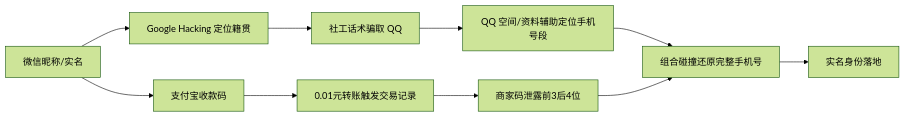
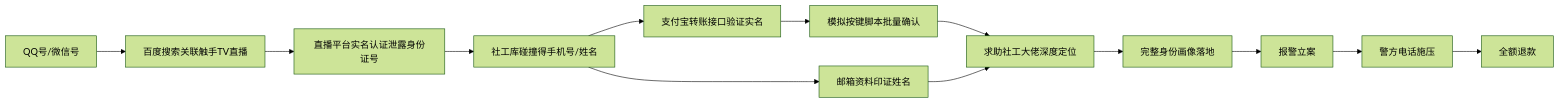
Before and after one commit to OpenDocCN1/sec-llm-wiki: the diagram in pages/osint-social-engineering-scam-investigation-case-study.md, drawn with Mermaid (forest theme). The commit also changed other lines of this file and 7 other files, not shown here.

````diff
--- a/pages/osint-social-engineering-scam-investigation-case-study.md
+++ b/pages/osint-social-engineering-scam-investigation-case-study.md
@@ -102,12 +84,15 @@
 ```mermaid
 graph LR
-    A[微信昵称/实名] --> B[Google Hacking 定位籍贯]
-    B --> C[社工话术骗取 QQ]
-    C --> D[QQ 空间/资料辅助定位手机号段]
-    A --> E[支付宝收款码]
-    E --> F[0.01元转账触发交易记录]
-    F --> G[商家码泄露前3后4位]
-    D --> H[组合碰撞还原完整手机号]
+    A[QQ号/微信号] --> B[百度搜索关联触手TV直播]
+    B --> C[直播平台实名认证泄露身份证号]
+    C --> D[社工库碰撞得手机号/姓名]
+    D --> E[支付宝转账接口验证实名]
+    E --> F[模拟按键脚本批量确认]
+    D --> G[邮箱资料印证姓名]
+    F --> H[求助社工大佬深度定位]
     G --> H
-    H --> I[实名身份落地]
+    H --> I[完整身份画像落地]
+    I --> J[报警立案]
+    J --> K[警方电话施压]
+    K --> L[全额退款]
 ```
````
